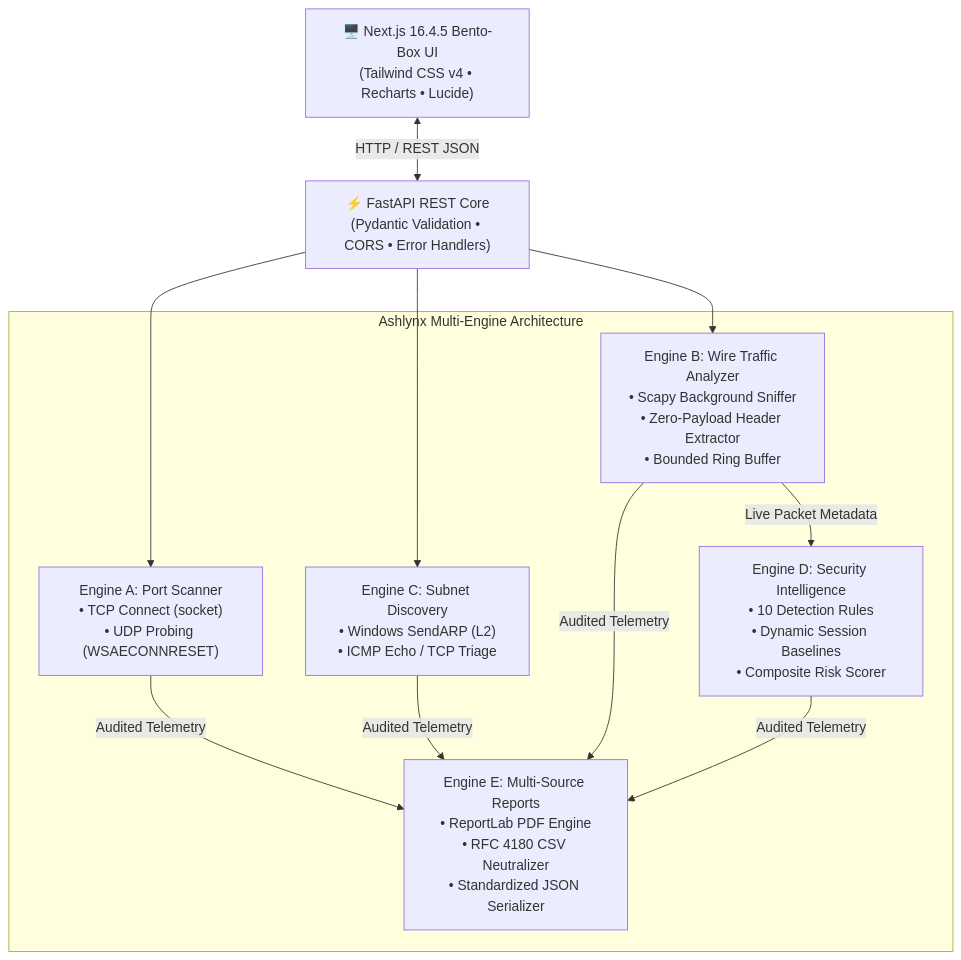
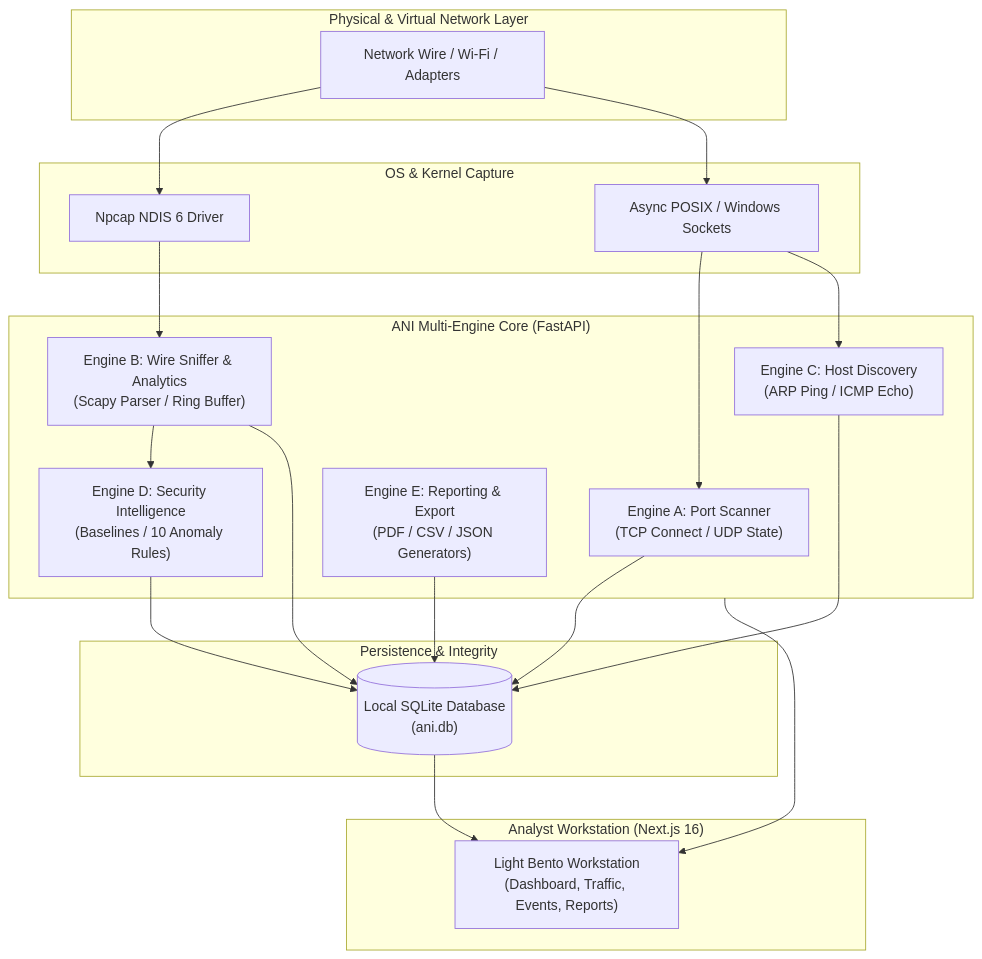
Before and after one commit to HalaNaaz/AshlynxNetworkInspector: the diagram in README.md, drawn with Mermaid. The commit also changed other lines of this file and 9 other files, not shown here.

````diff
--- a/README.md
+++ b/README.md
@@ -248,20 +194,41 @@
 ```mermaid
-graph TD
-    UI["🖥️ Next.js 16.4.5 Bento-Box UI<br/>(Tailwind CSS v4 • Recharts • Lucide)"]
-    API["⚡ FastAPI REST Core<br/>(Pydantic Validation • CORS • Error Handlers)"]
-
-    subgraph Engines ["Ashlynx Multi-Engine Architecture"]
-        EA["Engine A: Port Scanner<br/>• TCP Connect (socket)<br/>• UDP Probing (WSAECONNRESET)"]
-        EC["Engine C: Subnet Discovery<br/>• Windows SendARP (L2)<br/>• ICMP Echo / TCP Triage"]
-        EB["Engine B: Wire Traffic Analyzer<br/>• Scapy Background Sniffer<br/>• Zero-Payload Header Extractor<br/>• Bounded Ring Buffer"]
-        ED["Engine D: Security Intelligence<br/>• 10 Detection Rules<br/>• Dynamic Session Baselines<br/>• Composite Risk Scorer"]
-        EE["Engine E: Multi-Source Reports<br/>• ReportLab PDF Engine<br/>• RFC 4180 CSV Neutralizer<br/>• Standardized JSON Serializer"]
+flowchart TD
+    subgraph Network["Physical & Virtual Network Layer"]
+        Wire["Network Wire / Wi-Fi / Adapters"]
     end
 
-    UI <-->|HTTP / REST JSON| API
-    API --> EA
-    API --> EC
-    API --> EB
-    EB -->|Live Packet Metadata| ED
-    EA & EC & EB & ED -->|Audited Telemetry| EE
+    subgraph Hardware["OS & Kernel Capture"]
+        Npcap["Npcap NDIS 6 Driver"]
+        Sockets["Async POSIX / Windows Sockets"]
+    end
+
+    subgraph Core["ANI Multi-Engine Core (FastAPI)"]
+        EngineA["Engine A: Port Scanner\n(TCP Connect / UDP State)"]
+        EngineB["Engine B: Wire Sniffer & Analytics\n(Scapy Parser / Ring Buffer)"]
+        EngineC["Engine C: Host Discovery\n(ARP Ping / ICMP Echo)"]
+        EngineD["Engine D: Security Intelligence\n(Baselines / 10 Anomaly Rules)"]
+        EngineE["Engine E: Reporting & Export\n(PDF / CSV / JSON Generators)"]
+    end
+
+    subgraph Storage["Persistence & Integrity"]
+        SQLite[("Local SQLite Database\n(ani.db)")]
+    end
+
+    subgraph UI["Analyst Workstation (Next.js 16)"]
+        Bento["Light Bento Workstation\n(Dashboard, Traffic, Events, Reports)"]
+    end
+
+    Wire --> Npcap
+    Wire --> Sockets
+    Sockets --> EngineA
+    Npcap --> EngineB
+    Sockets --> EngineC
+    EngineB --> EngineD
+    EngineA --> SQLite
+    EngineB --> SQLite
+    EngineC --> SQLite
+    EngineD --> SQLite
+    EngineE --> SQLite
+    SQLite --> Bento
+    Core --> Bento
 ```
````
